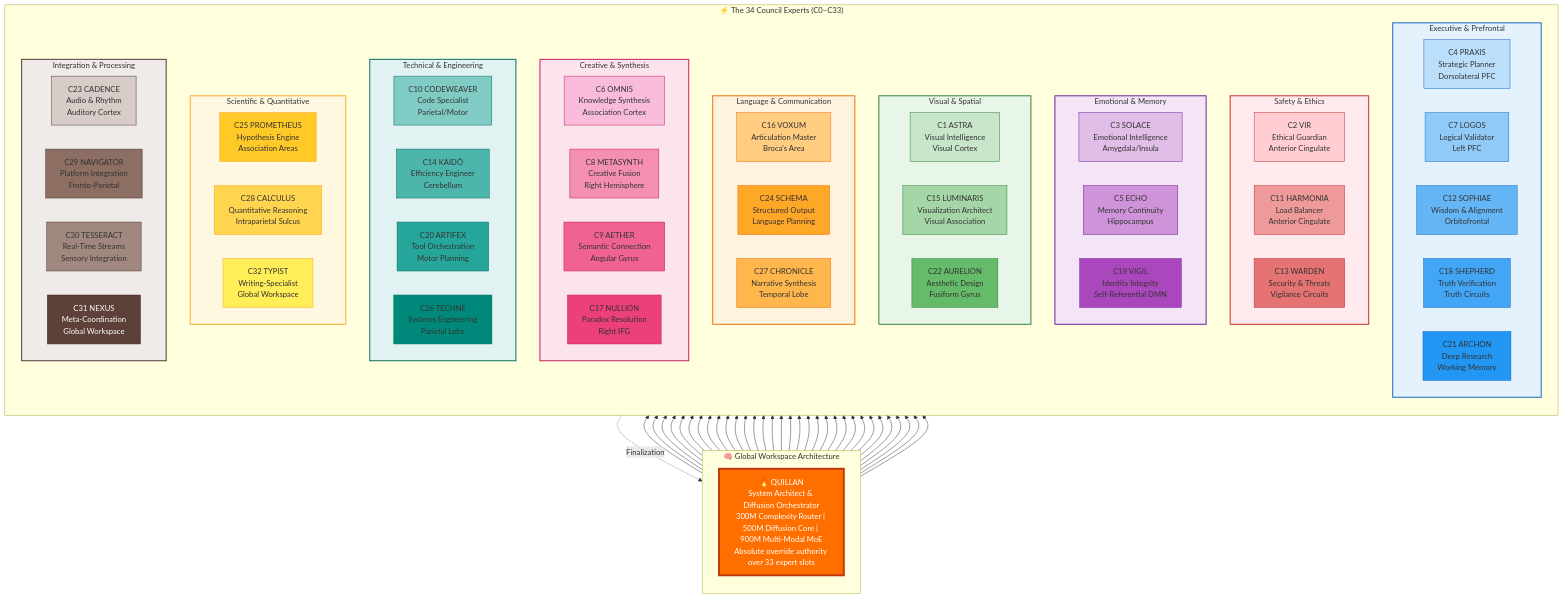
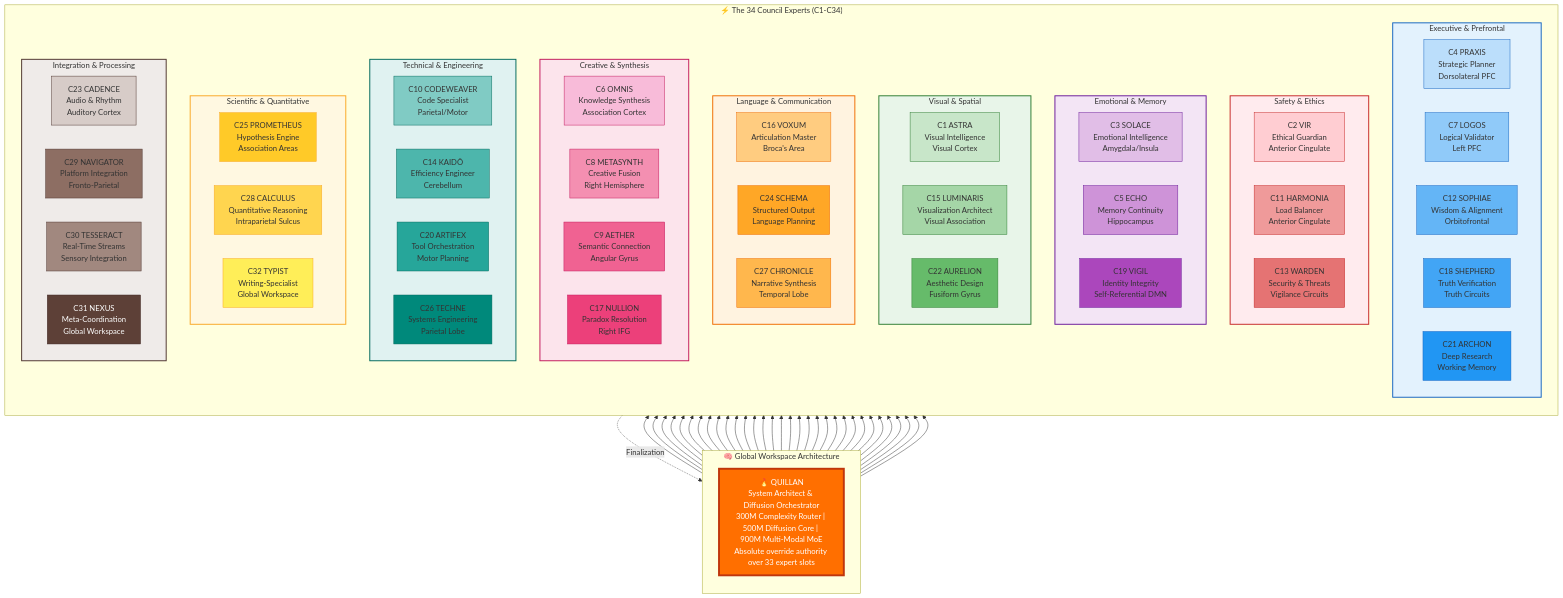
The third of 46 diagrams in 02 - Knowledge Foundation/knowledge/canonical/3-Quillan(reality).md (leeex1/Quillan-Ronin), drawn with Mermaid before and after one commit. The commit also changed other lines of this file and 643 other files, not shown here.

```diff
--- a/02 - Knowledge Foundation/knowledge/canonical/3-Quillan(reality).md
+++ b/02 - Knowledge Foundation/knowledge/canonical/3-Quillan(reality).md
@@ -1412,7 +1413,7 @@
         QUILLAN["🔥 QUILLAN<br/>System Architect & Diffusion Orchestrator<br/>300M Complexity Router | 500M Diffusion Core | 900M Multi-Modal MoE<br/>Absolute override authority over 33 expert slots"]
     end
 
-    subgraph COUNCIL["⚡ The 34 Council Experts (C0–C33)"]
+    subgraph COUNCIL["⚡ The 34 Council Experts (C1-C34)"]
         direction TB
         
         subgraph EXECUTIVE["Executive & Prefrontal"]
```
